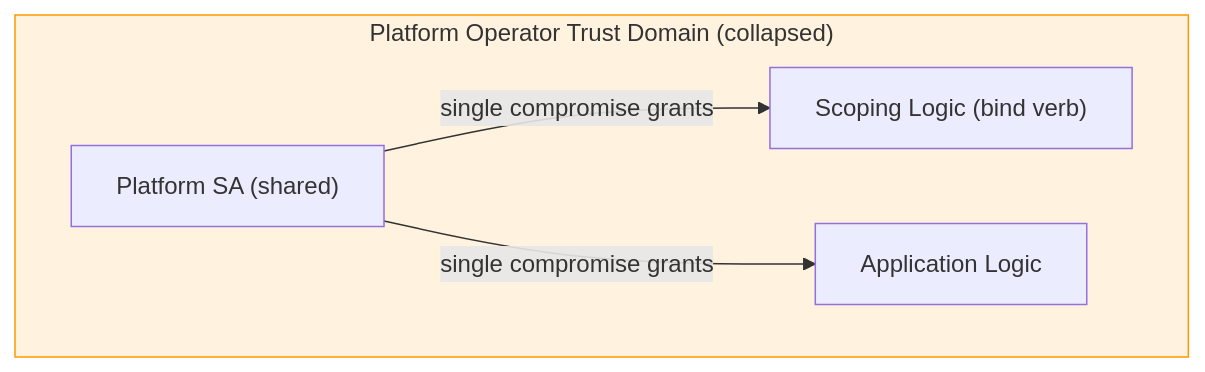
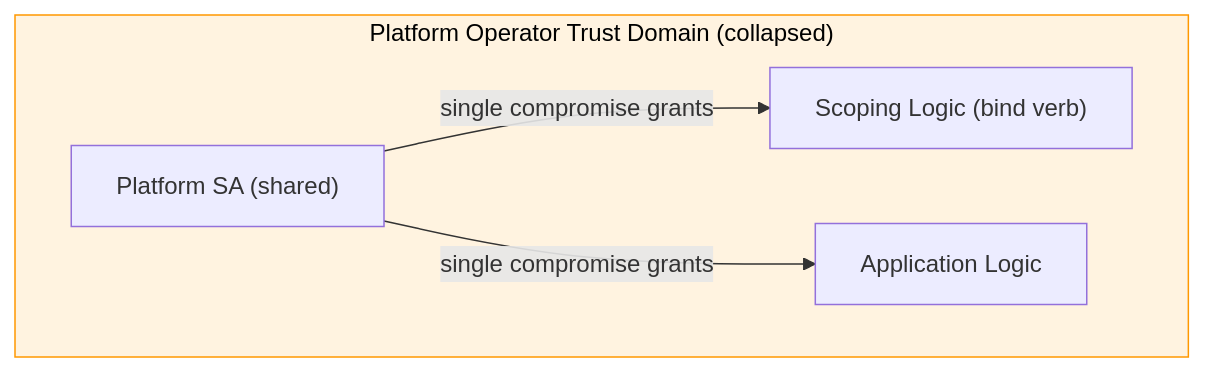
Before and after one commit to opendatahub-io/operator-rbac-toolkit: the second of 2 diagrams in site/docs/security/threat-model.md, drawn with Mermaid. The commit also changed other lines of this file and 9 other files, not shown here.

First line of the commit message:
fix(site): add explicit dark text color to all mermaid diagrams

````diff
--- a/site/docs/security/threat-model.md
+++ b/site/docs/security/threat-model.md
@@ -78,13 +78,13 @@
 ```mermaid
 flowchart TB
     subgraph combined ["Platform Operator Trust Domain (collapsed)"]
         PSA["Platform SA (shared)"]
         SL["Scoping Logic (bind verb)"]
         AL["Application Logic"]
     end
 
     PSA -->|single compromise grants| SL
     PSA -->|single compromise grants| AL
 
-    style combined fill:#fff3e0,stroke:#FF9800
+    style combined fill:#fff3e0,stroke:#FF9800,color:#000
 ```
````
